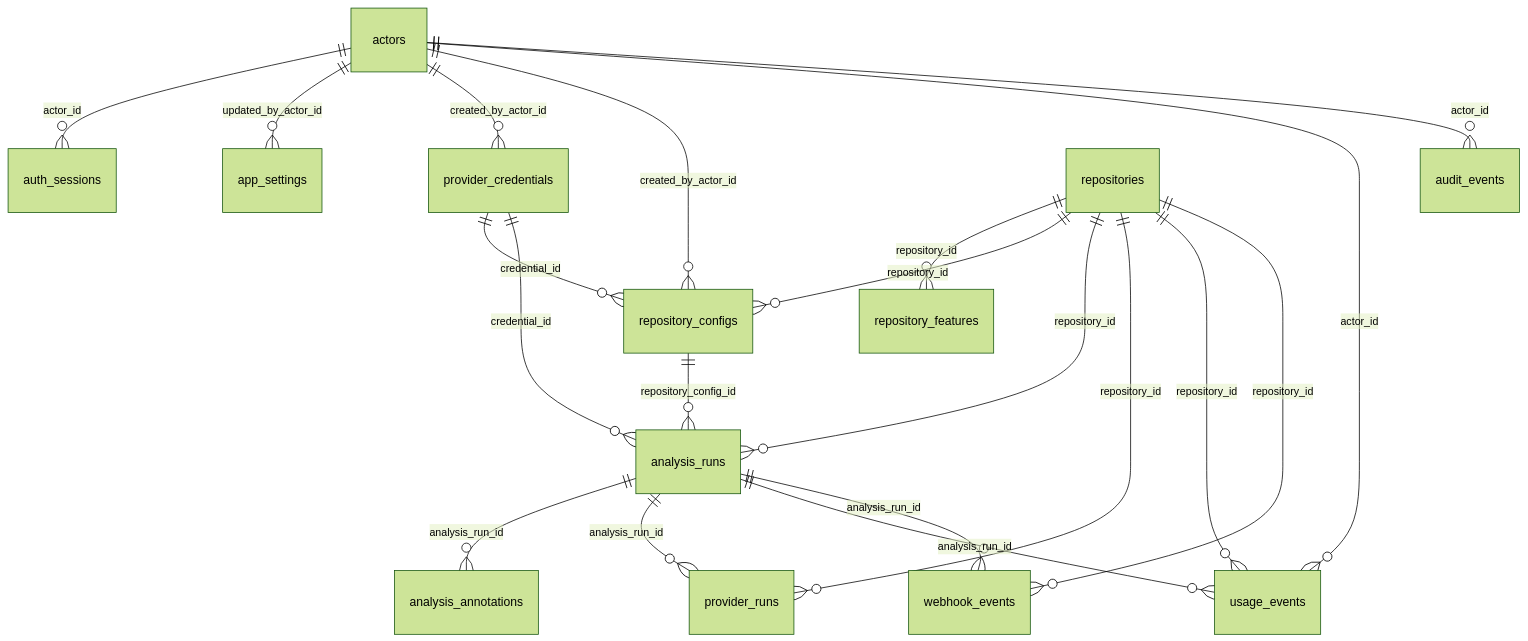
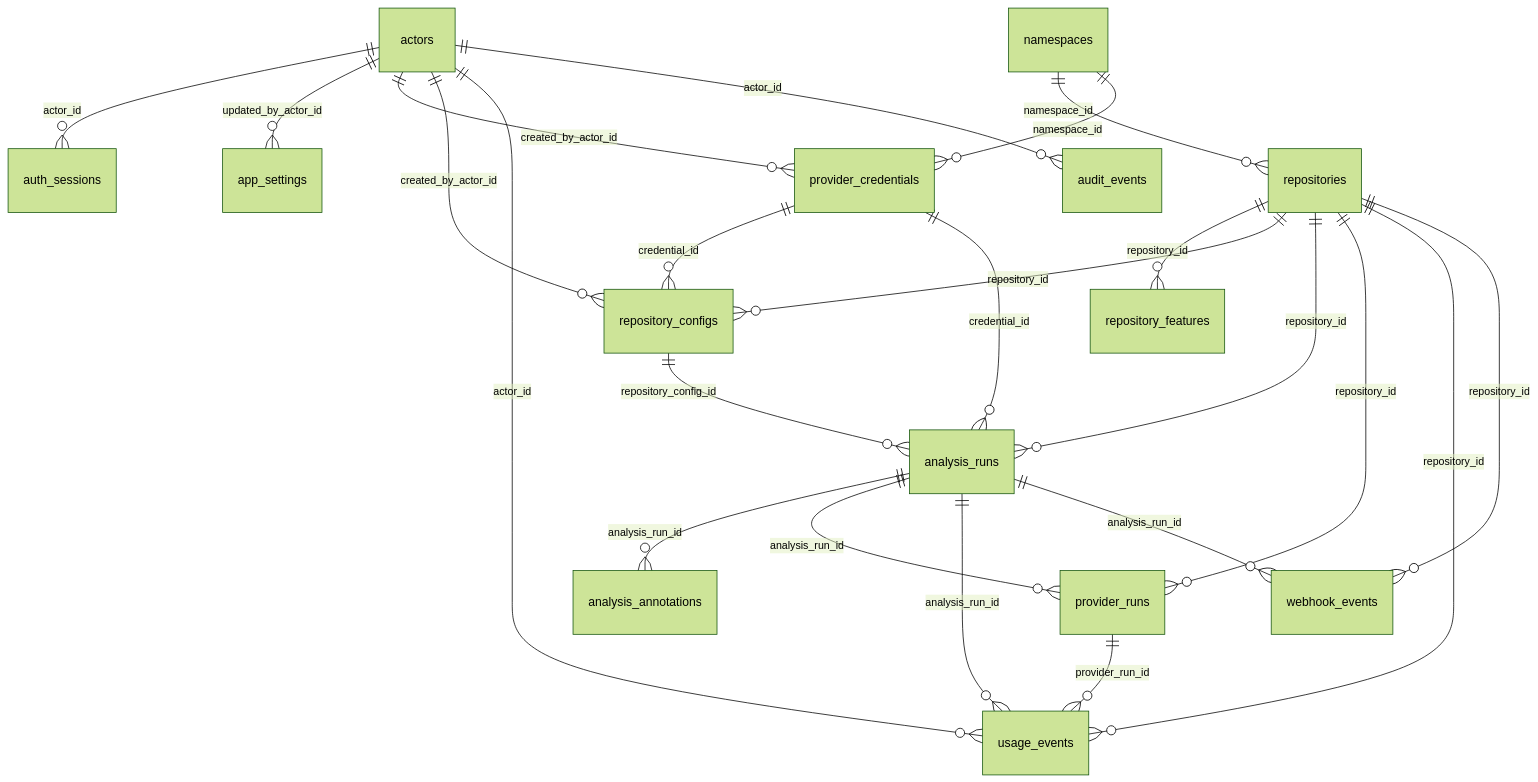
Before and after one commit to LynnGuo666/Gitea-TLDR: the first of 3 diagrams in DATABASE_SCHEMA.md, drawn with Mermaid (forest theme). The commit also changed other lines of this file and 22 other files, not shown here.

````diff
--- a/DATABASE_SCHEMA.md
+++ b/DATABASE_SCHEMA.md
@@ -28,26 +28,31 @@
 ```mermaid
 erDiagram
     actors ||--o{ auth_sessions : actor_id
     actors ||--o{ app_settings : updated_by_actor_id
     actors ||--o{ provider_credentials : created_by_actor_id
     actors ||--o{ repository_configs : created_by_actor_id
     actors ||--o{ usage_events : actor_id
     actors ||--o{ audit_events : actor_id
+
+    namespaces ||--o{ repositories : namespace_id
+    namespaces ||--o{ provider_credentials : namespace_id
 
     repositories ||--o{ repository_features : repository_id
     repositories ||--o{ repository_configs : repository_id
     repositories ||--o{ analysis_runs : repository_id
     repositories ||--o{ provider_runs : repository_id
     repositories ||--o{ usage_events : repository_id
     repositories ||--o{ webhook_events : repository_id
 
     provider_credentials ||--o{ repository_configs : credential_id
     provider_credentials ||--o{ analysis_runs : credential_id
 
     repository_configs ||--o{ analysis_runs : repository_config_id
 
     analysis_runs ||--o{ analysis_annotations : analysis_run_id
     analysis_runs ||--o{ provider_runs : analysis_run_id
     analysis_runs ||--o{ usage_events : analysis_run_id
     analysis_runs ||--o{ webhook_events : analysis_run_id
+
+    provider_runs ||--o{ usage_events : provider_run_id
 ```
````
